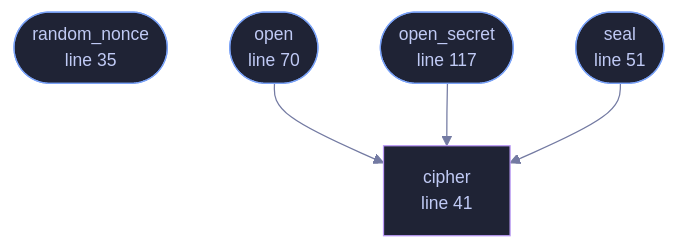
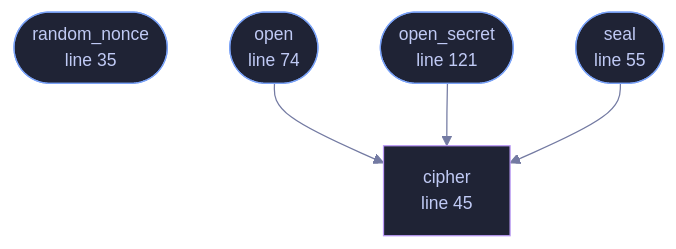
The diagram in docs/files/veilvoice-crypto/aead.md (tilas01/veilvoice), drawn with Mermaid before and after one commit. The commit also changed other lines of this file and 528 other files, not shown here.

````diff
--- a/docs/files/veilvoice-crypto/aead.md
+++ b/docs/files/veilvoice-crypto/aead.md
@@ -77,21 +77,21 @@
 ```mermaid
 %%{init: {"theme":"base","themeVariables":{"background":"#1a1b26","primaryColor":"#1f2335","primaryTextColor":"#c0caf5","primaryBorderColor":"#7aa2f7","secondaryColor":"#16161e","tertiaryColor":"#16161e","lineColor":"#737aa2","textColor":"#c0caf5","mainBkg":"#1f2335","nodeBorder":"#7aa2f7","clusterBkg":"#16161e","clusterBorder":"#2f3549","fontFamily":"ui-monospace, SFMono-Regular, Consolas, monospace","fontSize":"14px"}}}%%
 flowchart TD
     n_random_nonce(["random_nonce<br/>line 35"])
-    n_cipher["cipher<br/>line 41"]
-    n_seal(["seal<br/>line 51"])
-    n_open(["open<br/>line 70"])
-    n_open_secret(["open_secret<br/>line 117"])
+    n_cipher["cipher<br/>line 45"]
+    n_seal(["seal<br/>line 55"])
+    n_open(["open<br/>line 74"])
+    n_open_secret(["open_secret<br/>line 121"])
     n_open --> n_cipher
     n_open_secret --> n_cipher
     n_seal --> n_cipher
     click n_random_nonce href "https://github.com/tilas01/veilvoice/blob/main/crates/veilvoice-crypto/src/aead.rs#L35" "open the source"
-    click n_cipher href "https://github.com/tilas01/veilvoice/blob/main/crates/veilvoice-crypto/src/aead.rs#L41" "open the source"
-    click n_seal href "https://github.com/tilas01/veilvoice/blob/main/crates/veilvoice-crypto/src/aead.rs#L51" "open the source"
-    click n_open href "https://github.com/tilas01/veilvoice/blob/main/crates/veilvoice-crypto/src/aead.rs#L70" "open the source"
-    click n_open_secret href "https://github.com/tilas01/veilvoice/blob/main/crates/veilvoice-crypto/src/aead.rs#L117" "open the source"
+    click n_cipher href "https://github.com/tilas01/veilvoice/blob/main/crates/veilvoice-crypto/src/aead.rs#L45" "open the source"
+    click n_seal href "https://github.com/tilas01/veilvoice/blob/main/crates/veilvoice-crypto/src/aead.rs#L55" "open the source"
+    click n_open href "https://github.com/tilas01/veilvoice/blob/main/crates/veilvoice-crypto/src/aead.rs#L74" "open the source"
+    click n_open_secret href "https://github.com/tilas01/veilvoice/blob/main/crates/veilvoice-crypto/src/aead.rs#L121" "open the source"
     classDef entry fill:#1f2335,stroke:#7aa2f7,color:#c0caf5
     class n_random_nonce,n_seal,n_open,n_open_secret entry
     classDef helper fill:#1f2335,stroke:#bb9af7,color:#c0caf5
     class n_cipher helper
 ```
````
